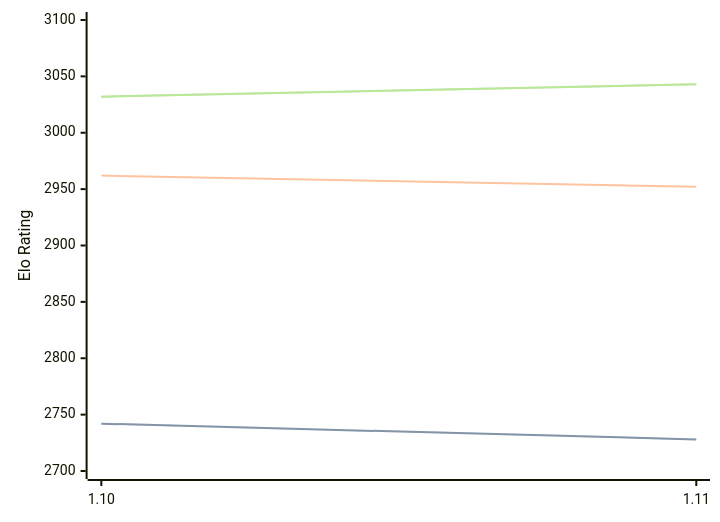
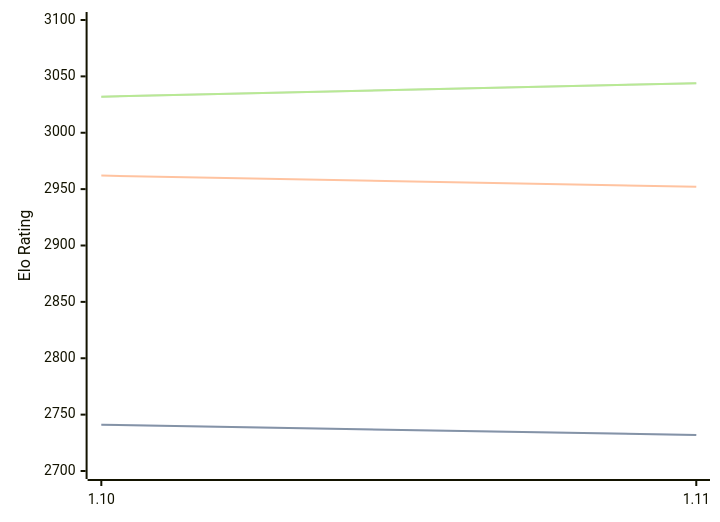
Before and after one commit to computer-chess-index/cci: the diagram in engines/Roc.md, drawn with Mermaid. The commit also changed other lines of this file, not shown here.

Commit message:
Update CCI Ratings (ELO VLTC) - 2026-09-17

````diff
--- a/engines/Roc.md
+++ b/engines/Roc.md
@@ -42,11 +42,11 @@
 ```mermaid
 %%{init: {"theme":"base","themeVariables":{"seriesColors:['#a3a3a3','#222221','#faa371']}}}%%
 xychart-beta
   x-axis ["1.10", "1.11"]
   y-axis "Elo Rating" 2700 --> 3100
-  line "" [2742, 2728]
-  line "STC (8.0+0.08s)" [2742, 2728]
+  line "" [2741, 2732]
+  line "STC (8.0+0.08s)" [2741, 2732]
   line "LTC (60.0+0.60s)" [2962, 2952]
-  line "" [3032, 3043]
-  line "VLTC (2m24s+1.12s)" [3032, 3043]
+  line "" [3032, 3044]
+  line "VLTC (2m24s+1.12s)" [3032, 3044]
 ```
````
